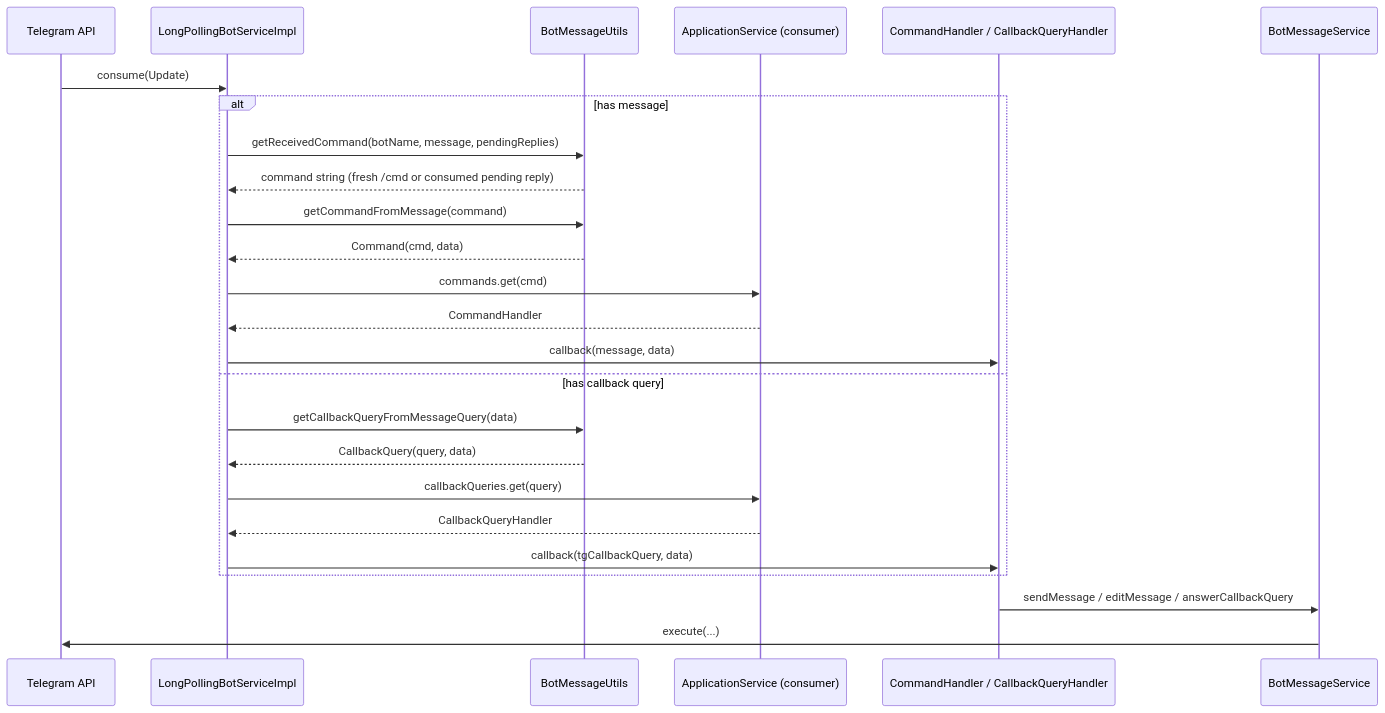
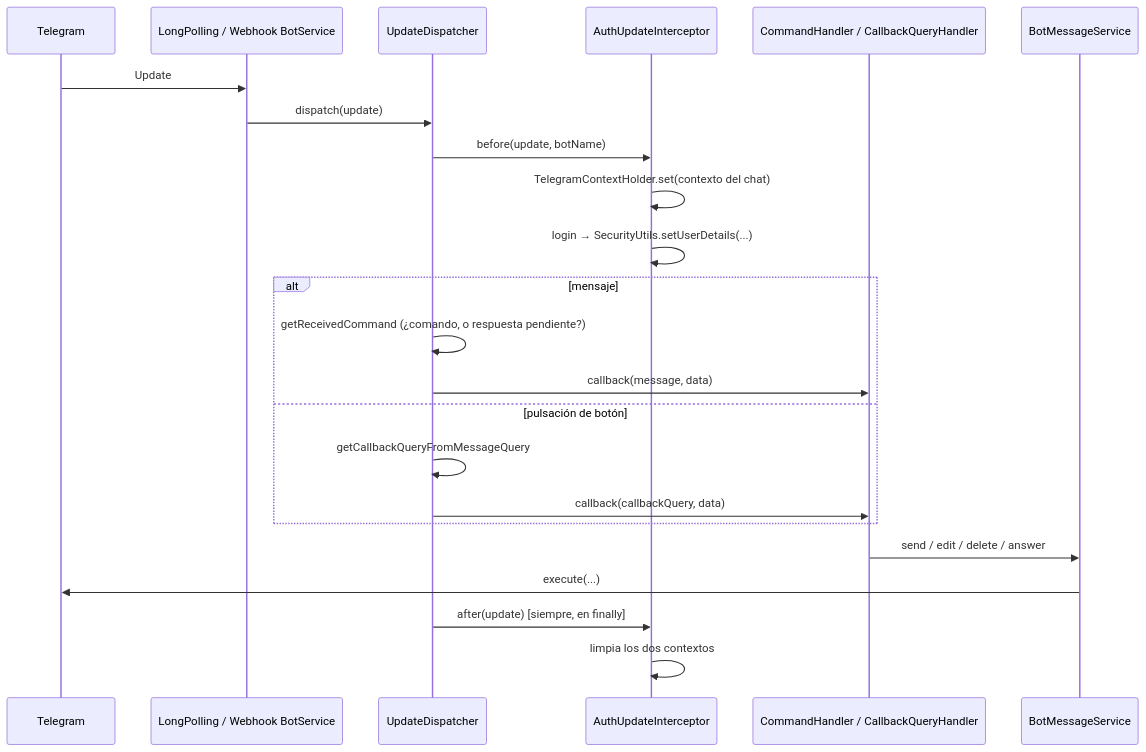
Before and after one commit to themarioga/Commons-Telegram: the second of 2 diagrams in docs/CODEBASE_MAP.md, drawn with Mermaid. The commit also changed other lines of this file and 2 other files, not shown here.

````diff
--- a/docs/CODEBASE_MAP.md
+++ b/docs/CODEBASE_MAP.md
@@ -167,28 +197,26 @@
 ```mermaid
 sequenceDiagram
-    participant TG as Telegram API
-    participant LP as LongPollingBotServiceImpl
-    participant BMU as BotMessageUtils
-    participant App as ApplicationService (consumer)
+    participant TG as Telegram
+    participant Bot as LongPolling / Webhook BotService
+    participant UD as UpdateDispatcher
+    participant AUI as AuthUpdateInterceptor
     participant H as CommandHandler / CallbackQueryHandler
     participant BMS as BotMessageService
 
-    TG->>LP: consume(Update)
-    alt has message
-        LP->>BMU: getReceivedCommand(botName, message, pendingReplies)
-        BMU-->>LP: command string (fresh /cmd or consumed pending reply)
-        LP->>BMU: getCommandFromMessage(command)
-        BMU-->>LP: Command(cmd, data)
-        LP->>App: commands.get(cmd)
-        App-->>LP: CommandHandler
-        LP->>H: callback(message, data)
-    else has callback query
-        LP->>BMU: getCallbackQueryFromMessageQuery(data)
-        BMU-->>LP: CallbackQuery(query, data)
-        LP->>App: callbackQueries.get(query)
-        App-->>LP: CallbackQueryHandler
-        LP->>H: callback(tgCallbackQuery, data)
+    TG->>Bot: Update
+    Bot->>UD: dispatch(update)
+    UD->>AUI: before(update, botName)
+    AUI->>AUI: TelegramContextHolder.set(contexto del chat)
+    AUI->>AUI: login → SecurityUtils.setUserDetails(...)
+    alt mensaje
+        UD->>UD: getReceivedCommand (¿comando, o respuesta pendiente?)
+        UD->>H: callback(message, data)
+    else pulsación de botón
+        UD->>UD: getCallbackQueryFromMessageQuery
+        UD->>H: callback(callbackQuery, data)
     end
-    H->>BMS: sendMessage / editMessage / answerCallbackQuery
+    H->>BMS: send / edit / delete / answer
     BMS->>TG: execute(...)
+    UD->>AUI: after(update)  [siempre, en finally]
+    AUI->>AUI: limpia los dos contextos
 ```
````
